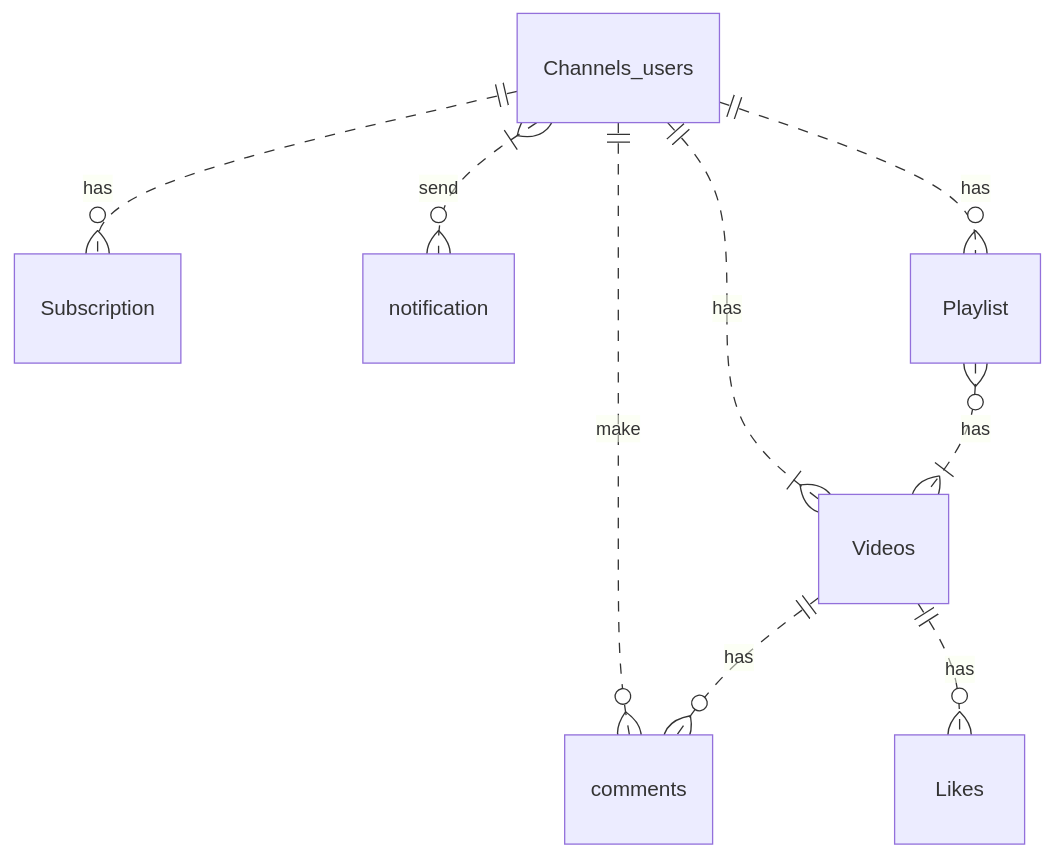
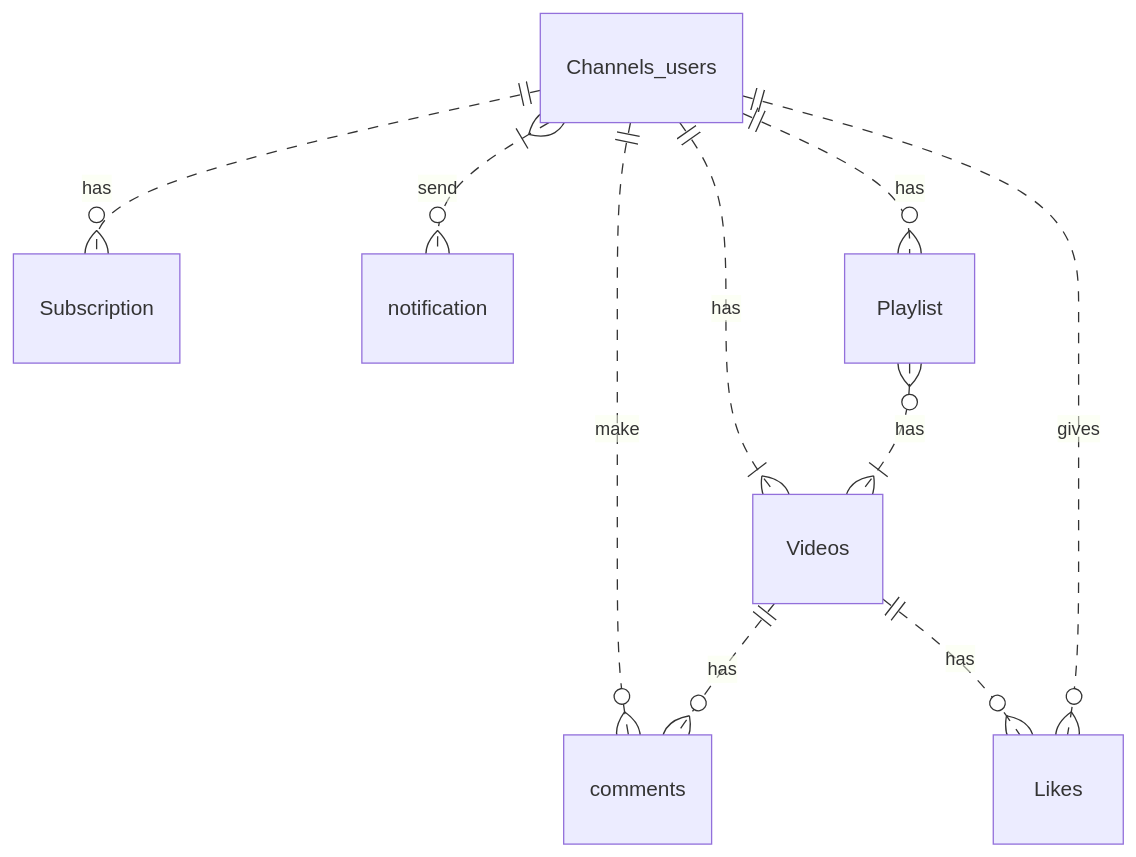
One commit to GSchX2/Diagrams changed the diagram in Relational-data-model.md. Above: the diagram before and after it, drawn with Mermaid.

````diff
--- a/Relational-data-model.md
+++ b/Relational-data-model.md
@@ -1,11 +1,12 @@
 ```mermaid
 erDiagram
     Channels_users||..|{ Videos : has
     Channels_users||..o{ Subscription : has
     Channels_users}|..o{ notification : send
     Channels_users||..o{ comments : make
     Videos||..o{ comments : has
     Channels_users||..o{ Playlist : has
     Playlist}o..|{ Videos : has
     Videos||..o{ Likes : has
+    Channels_users||..o{ Likes : gives
 ```
````
